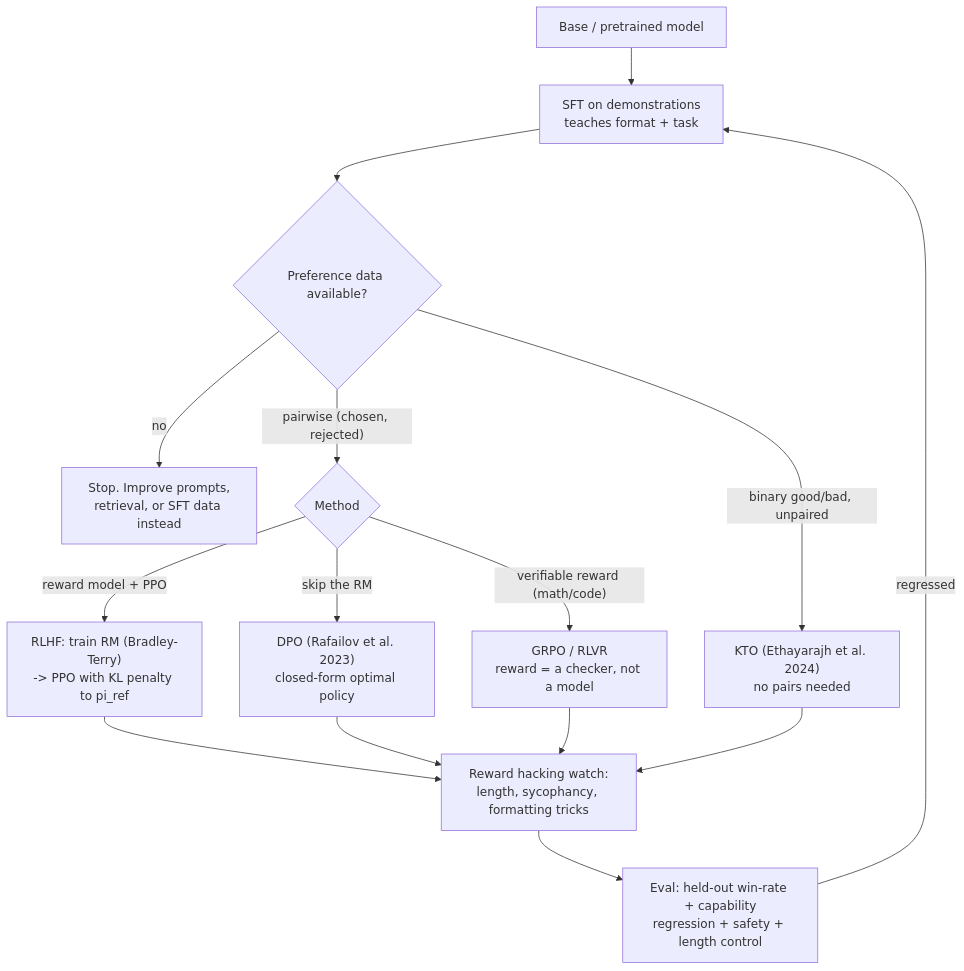
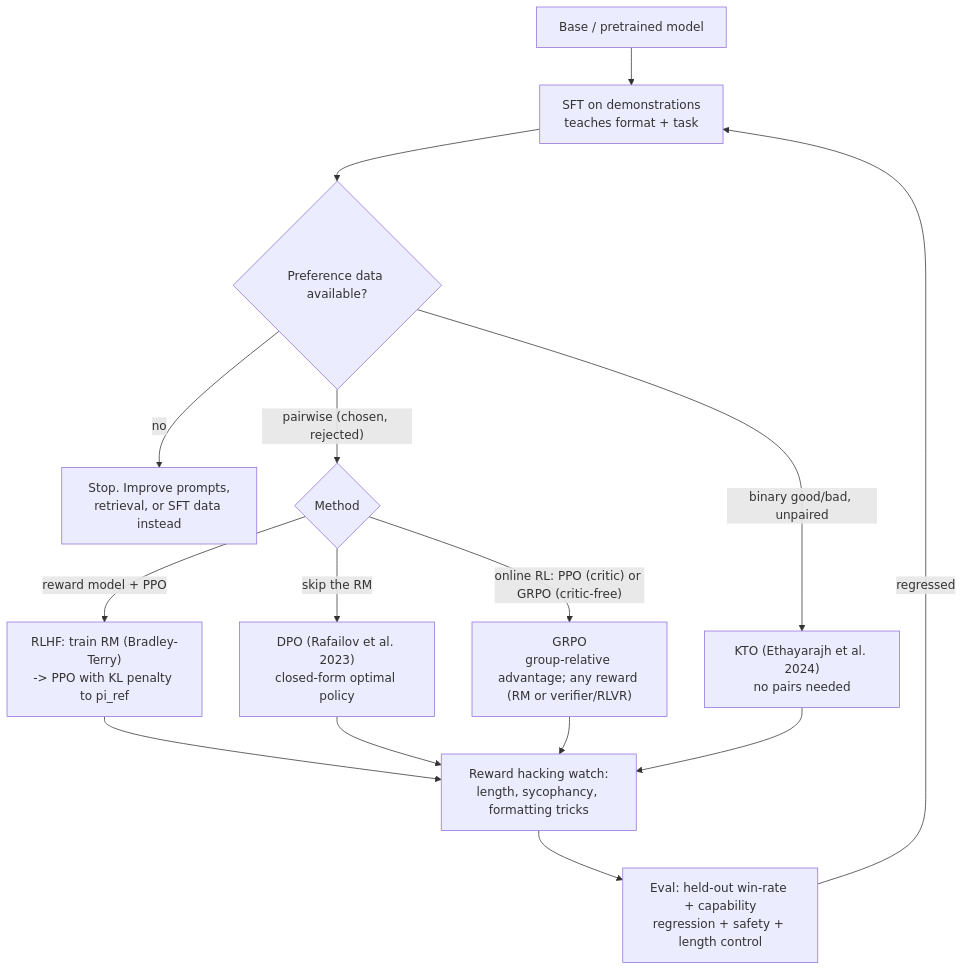
One commit to ArasaniRohithReddy/LearningOS changed the diagram in .github/skills/preference-tuning-coach/SKILL.md. Above: the diagram before and after it, drawn with Mermaid. The commit also changed other lines of this file and 28 other files, not shown here.

````diff
--- a/.github/skills/preference-tuning-coach/SKILL.md
+++ b/.github/skills/preference-tuning-coach/SKILL.md
@@ -36,17 +36,17 @@
 ```mermaid
 flowchart TD
   B["Base / pretrained model"] --> SFT["SFT on demonstrations<br/>teaches format + task"]
   SFT --> D{"Preference data available?"}
   D -->|no| STOP["Stop. Improve prompts,<br/>retrieval, or SFT data instead"]
   D -->|"pairwise (chosen, rejected)"| M{"Method"}
   D -->|"binary good/bad, unpaired"| KTO["KTO (Ethayarajh et al. 2024)<br/>no pairs needed"]
   M -->|"reward model + PPO"| RLHF["RLHF: train RM (Bradley-Terry)<br/>-> PPO with KL penalty to pi_ref"]
   M -->|"skip the RM"| DPO["DPO (Rafailov et al. 2023)<br/>closed-form optimal policy"]
-  M -->|"verifiable reward (math/code)"| GRPO["GRPO / RLVR<br/>reward = a checker, not a model"]
+  M -->|"online RL: PPO (critic) or GRPO (critic-free)"| GRPO["GRPO<br/>group-relative advantage; any reward (RM or verifier/RLVR)"]
   RLHF --> H["Reward hacking watch:<br/>length, sycophancy, formatting tricks"]
   DPO --> H
   KTO --> H
   GRPO --> H
   H --> E["Eval: held-out win-rate + capability<br/>regression + safety + length control"]
   E -->|regressed| SFT
 ```
````
